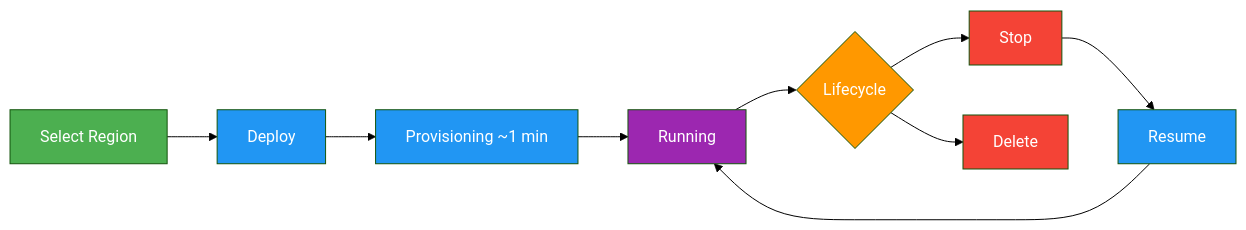
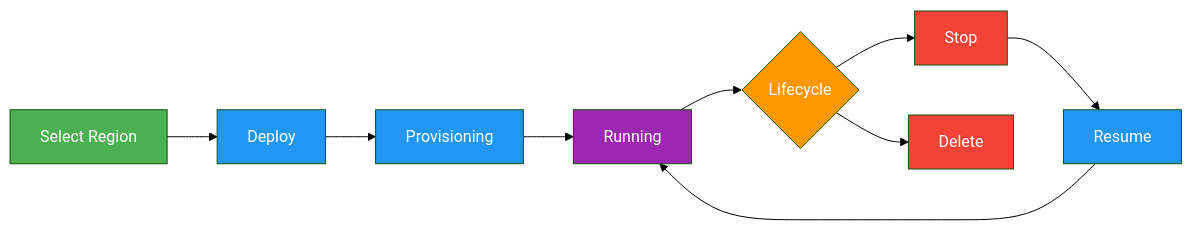
Before and after one commit to ultralytics/ultralytics: the third of 3 diagrams in docs/en/platform/quickstart.md, drawn with Mermaid (forest theme). The commit also changed other lines of this file and 29 other files, not shown here.

````diff
--- a/docs/en/platform/quickstart.md
+++ b/docs/en/platform/quickstart.md
@@ -335,17 +329,17 @@
 ```mermaid
 graph LR
     A[Select Region]:::start --> B[Deploy]:::proc
-    B --> C[Provisioning ~1 min]:::proc
+    B --> C[Provisioning]:::proc
     C --> D[Running]:::out
     D --> E{Lifecycle}:::decide
     E --> F[Stop]:::error
     E --> G[Delete]:::error
     F --> H[Resume]:::proc
     H --> D
 
     classDef start fill:#4CAF50,color:#fff
     classDef proc fill:#2196F3,color:#fff
     classDef decide fill:#FF9800,color:#fff
     classDef out fill:#9C27B0,color:#fff
     classDef error fill:#F44336,color:#fff
 ```
````
